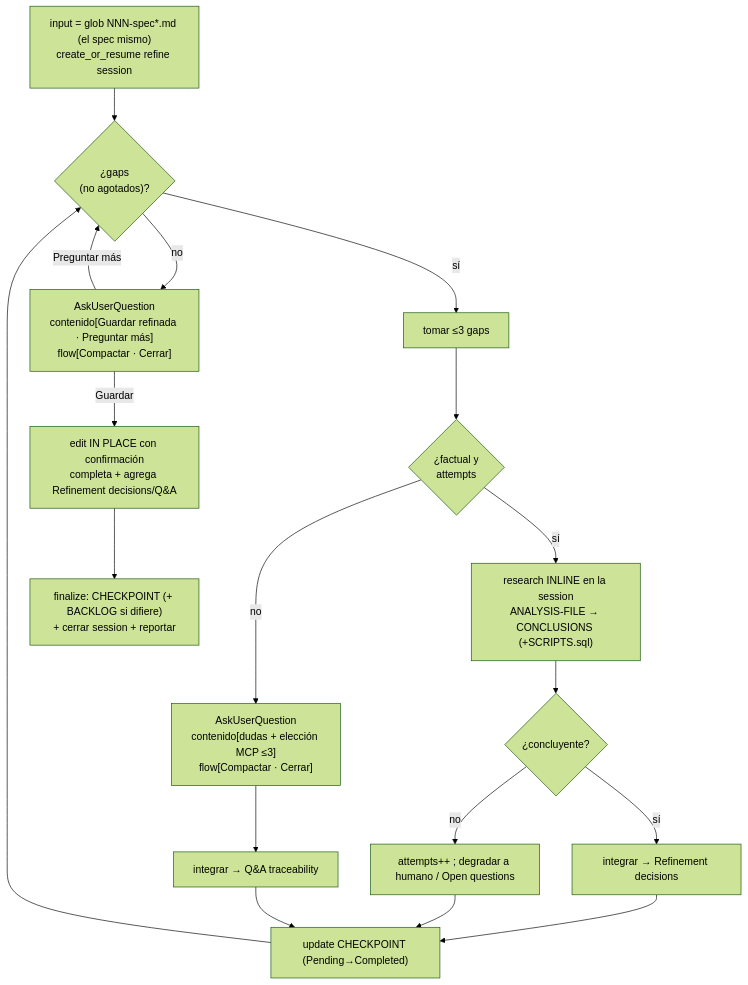
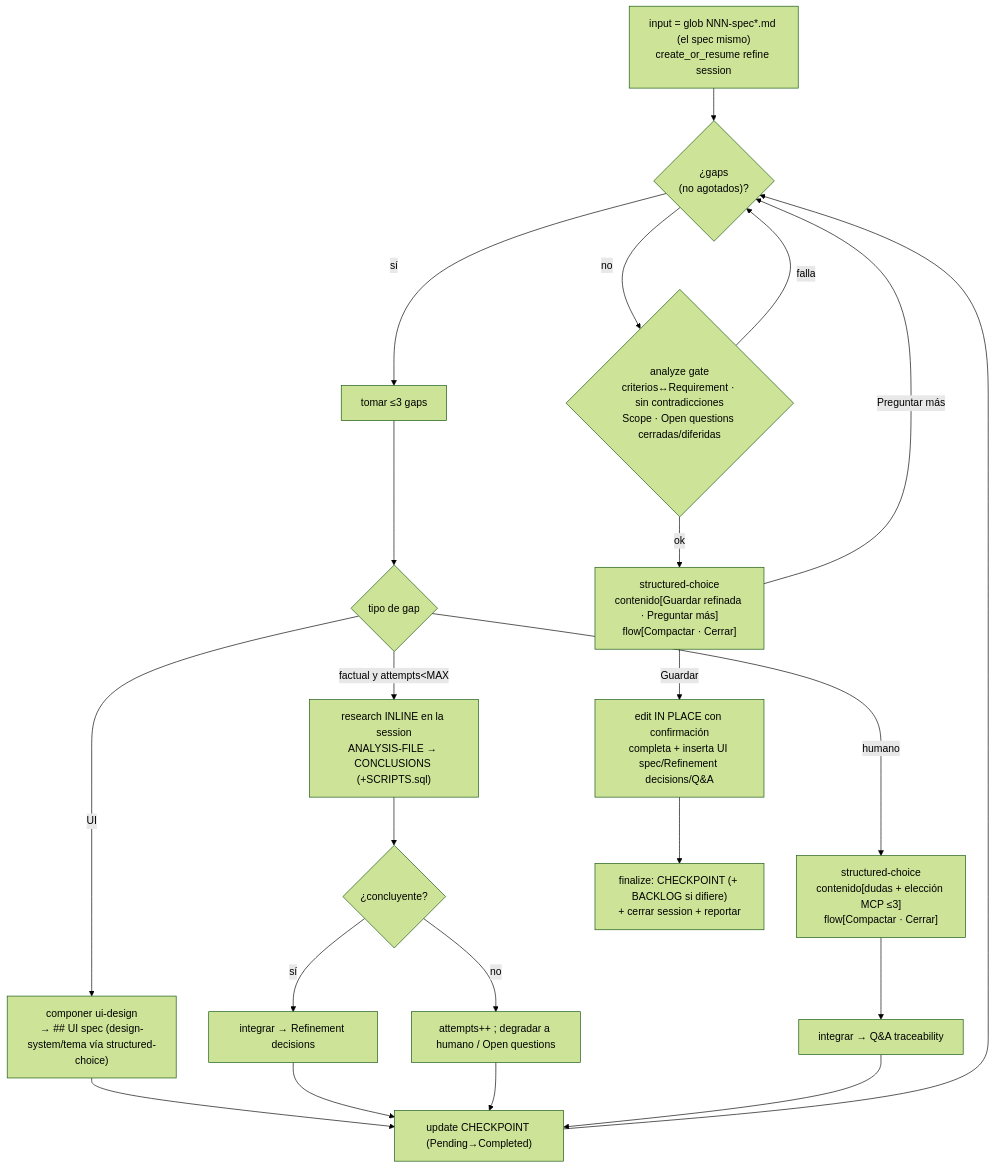
Before and after one commit to Tacuchi/agent-workflow-cli: the diagram in skills/w/loops/spec-refine-loop/SKILL.md, drawn with Mermaid (forest theme). The commit also changed other lines of this file and 34 other files, not shown here.

````diff
--- a/skills/w/loops/spec-refine-loop/SKILL.md
+++ b/skills/w/loops/spec-refine-loop/SKILL.md
@@ -197,20 +210,24 @@
 ```mermaid
 flowchart TD
     S["input = glob NNN-spec*.md (el spec mismo)<br/>create_or_resume refine session"] --> D{"¿gaps<br/>(no agotados)?"}
-    D -->|no| C["AskUserQuestion<br/>contenido[Guardar refinada · Preguntar más]<br/>flow[Compactar · Cerrar]"]
+    D -->|no| AN{"analyze gate<br/>criterios↔Requirement · sin contradicciones<br/>Scope · Open questions cerradas/diferidas"}
+    AN -->|falla| D
+    AN -->|ok| C["structured-choice<br/>contenido[Guardar refinada · Preguntar más]<br/>flow[Compactar · Cerrar]"]
     D -->|sí| B["tomar ≤3 gaps"]
-    B --> F{"¿factual y<br/>attempts<MAX?"}
-    F -->|sí| RS["research INLINE en la session<br/>ANALYSIS-FILE → CONCLUSIONS (+SCRIPTS.sql)"]
+    B --> K{"tipo de gap"}
+    K -->|UI| UI["componer ui-design<br/>→ ## UI spec (design-system/tema vía structured-choice)"]
+    K -->|factual y attempts&lt;MAX| RS["research INLINE en la session<br/>ANALYSIS-FILE → CONCLUSIONS (+SCRIPTS.sql)"]
+    K -->|humano| Q["structured-choice<br/>contenido[dudas + elección MCP ≤3]<br/>flow[Compactar · Cerrar]"]
     RS --> CC{"¿concluyente?"}
     CC -->|sí| I1["integrar → Refinement decisions"]
     CC -->|no| DEG["attempts++ ; degradar a humano / Open questions"]
-    F -->|no| Q["AskUserQuestion<br/>contenido[dudas + elección MCP ≤3]<br/>flow[Compactar · Cerrar]"]
     Q --> I2["integrar → Q&A traceability"]
-    I1 --> CK["update CHECKPOINT (Pending→Completed)"]
+    UI --> CK["update CHECKPOINT (Pending→Completed)"]
+    I1 --> CK
     DEG --> CK
     I2 --> CK
     CK --> D
-    C -->|Guardar| W["edit IN PLACE con confirmación<br/>completa + agrega Refinement decisions/Q&A"]
+    C -->|Guardar| W["edit IN PLACE con confirmación<br/>completa + inserta UI spec/Refinement decisions/Q&A"]
     C -->|Preguntar más| D
     W --> FIN["finalize: CHECKPOINT (+ BACKLOG si difiere)<br/>+ cerrar session + reportar"]
 ```
````
